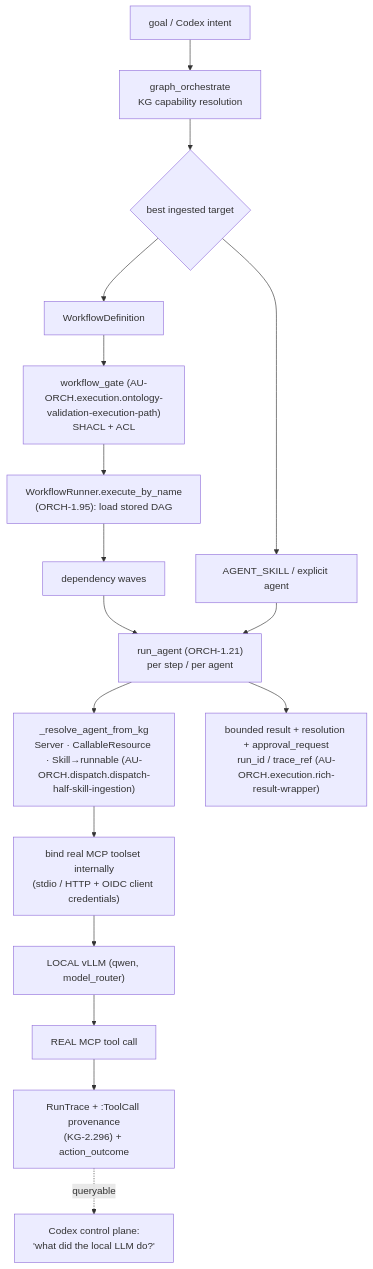
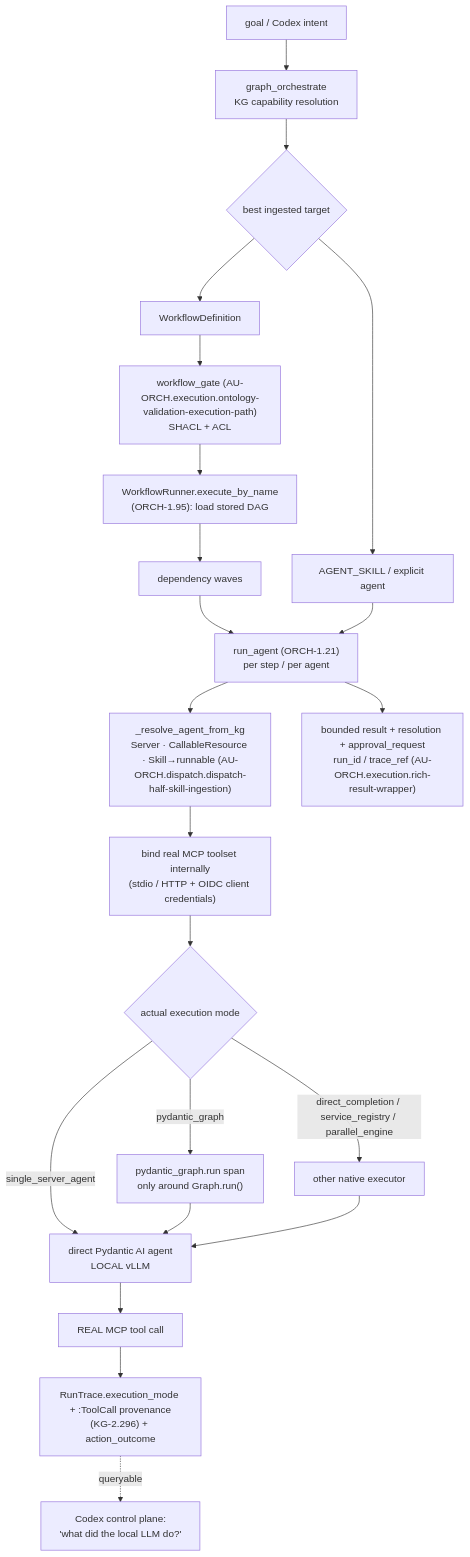
Before and after one commit to Knuckles-Team/agent-utilities: the diagram in docs/architecture/orchestration-execution-seam.md, drawn with Mermaid. The commit also changed other lines of this file and 13 other files, not shown here.

Commit message:
fix(observability): distinguish agent and graph execution

````diff
--- a/docs/architecture/orchestration-execution-seam.md
+++ b/docs/architecture/orchestration-execution-seam.md
@@ -26,19 +26,24 @@
 ```mermaid
 flowchart TD
     G[goal / Codex intent] --> O["graph_orchestrate<br/>KG capability resolution"]
     O --> PICK{"best ingested target"}
     PICK --> SKILL["AGENT_SKILL / explicit agent"]
     PICK --> WF["WorkflowDefinition"]
     WF --> GATE["workflow_gate (AU-ORCH.execution.ontology-validation-execution-path)<br/>SHACL + ACL"]
     GATE --> WR["WorkflowRunner.execute_by_name<br/>(ORCH-1.95): load stored DAG"]
     WR --> WAVE["dependency waves"]
     WAVE --> RA["run_agent (ORCH-1.21)<br/>per step / per agent"]
     SKILL --> RA
     RA --> RES["_resolve_agent_from_kg<br/>Server · CallableResource · Skill→runnable (AU-ORCH.dispatch.dispatch-half-skill-ingestion)"]
     RES --> BIND["bind real MCP toolset internally<br/>(stdio / HTTP + OIDC client credentials)"]
-    BIND --> LLM["LOCAL vLLM (qwen, model_router)"]
+    BIND --> MODE{"actual execution mode"}
+    MODE -->|"single_server_agent"| LLM["direct Pydantic AI agent<br/>LOCAL vLLM"]
+    MODE -->|"pydantic_graph"| PG["pydantic_graph.run span<br/>only around Graph.run()"]
+    MODE -->|"direct_completion / service_registry / parallel_engine"| OTHER["other native executor"]
+    PG --> LLM
+    OTHER --> LLM
     LLM --> TOOL["REAL MCP tool call"]
-    TOOL --> TRACE["RunTrace + :ToolCall provenance<br/>(KG-2.296) + action_outcome"]
+    TOOL --> TRACE["RunTrace.execution_mode + :ToolCall provenance<br/>(KG-2.296) + action_outcome"]
     RA --> RID["bounded result + resolution + approval_request<br/>run_id / trace_ref (AU-ORCH.execution.rich-result-wrapper)"]
     TRACE -.queryable.-> CODEX["Codex control plane:<br/>'what did the local LLM do?'"]
 ```
````
